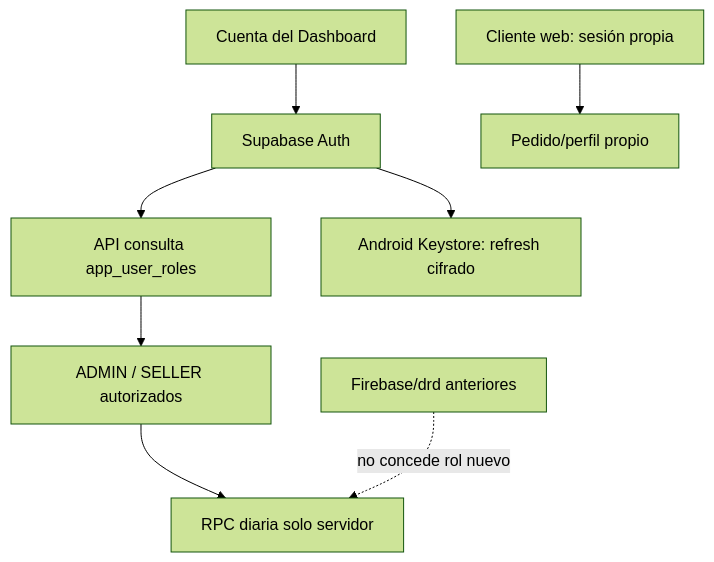
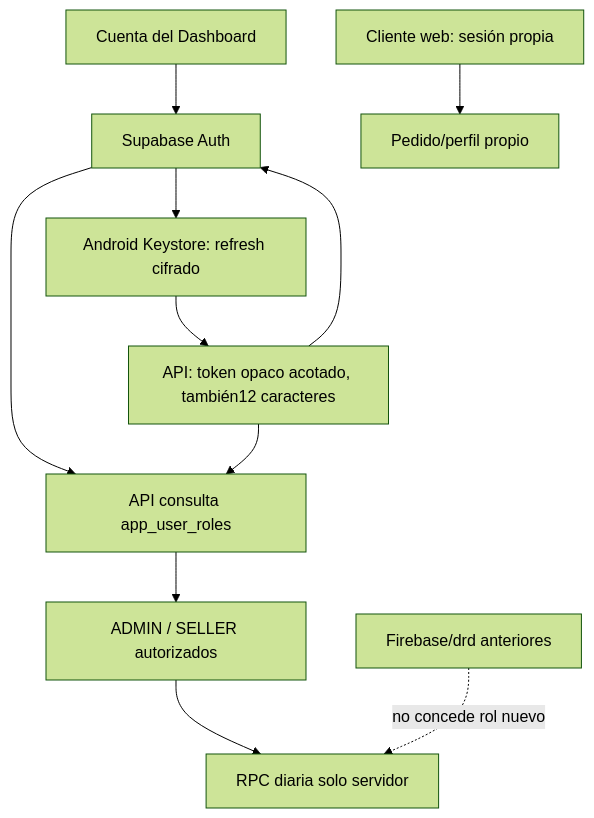
One commit to NotKingbryanPY/donas-racha changed the diagram in docs/knowledge/diagrams/05-identities.md. Above: the diagram before and after it, drawn with Mermaid (forest theme). The commit also changed 17 other files, not shown here.

````diff
--- a/docs/knowledge/diagrams/05-identities.md
+++ b/docs/knowledge/diagrams/05-identities.md
@@ -5,9 +5,12 @@
 ```mermaid
 flowchart TD
   staff["Cuenta del Dashboard"] --> auth["Supabase Auth"]
   auth --> role["API consulta app_user_roles"]
   role --> allowed["ADMIN / SELLER autorizados"] --> daily["RPC diaria solo servidor"]
   auth --> refresh["Android Keystore: refresh cifrado"]
+  refresh --> renewal["API: token opaco acotado, también12 caracteres"]
+  renewal --> auth
+  renewal --> role
   customer["Cliente web: sesión propia"] --> private["Pedido/perfil propio"]
   old["Firebase/drd anteriores"] -. no concede rol nuevo .-> daily
 ```
````
